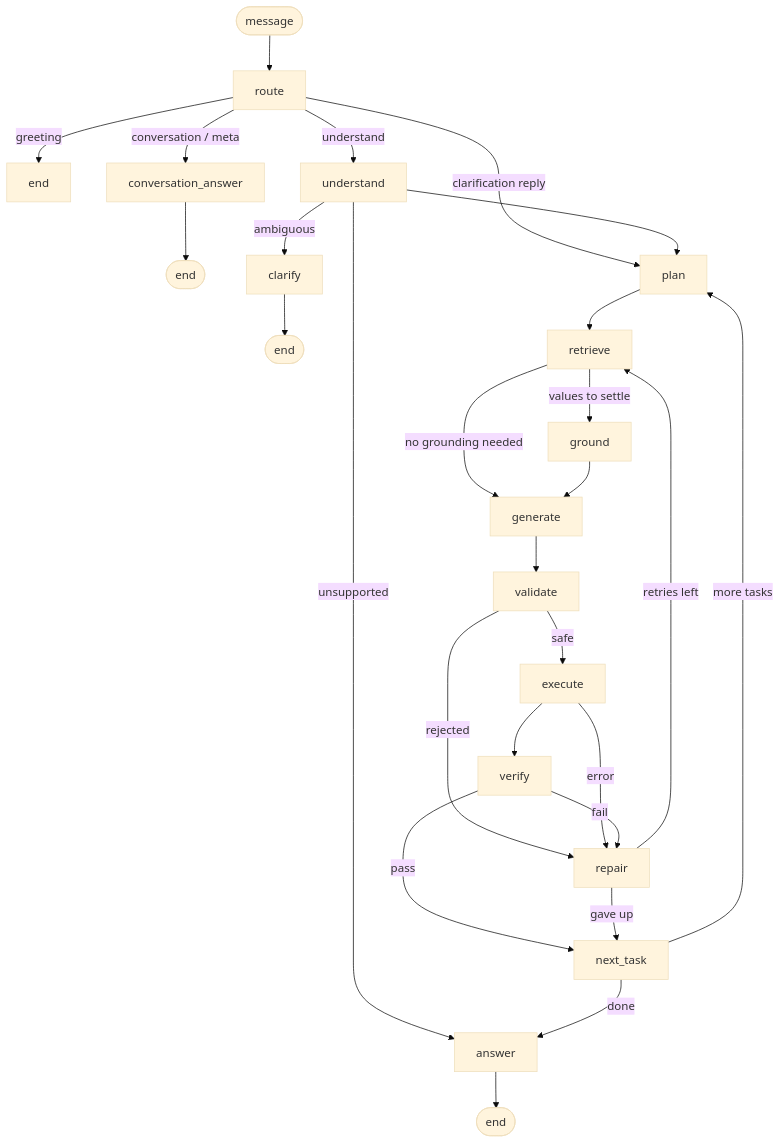
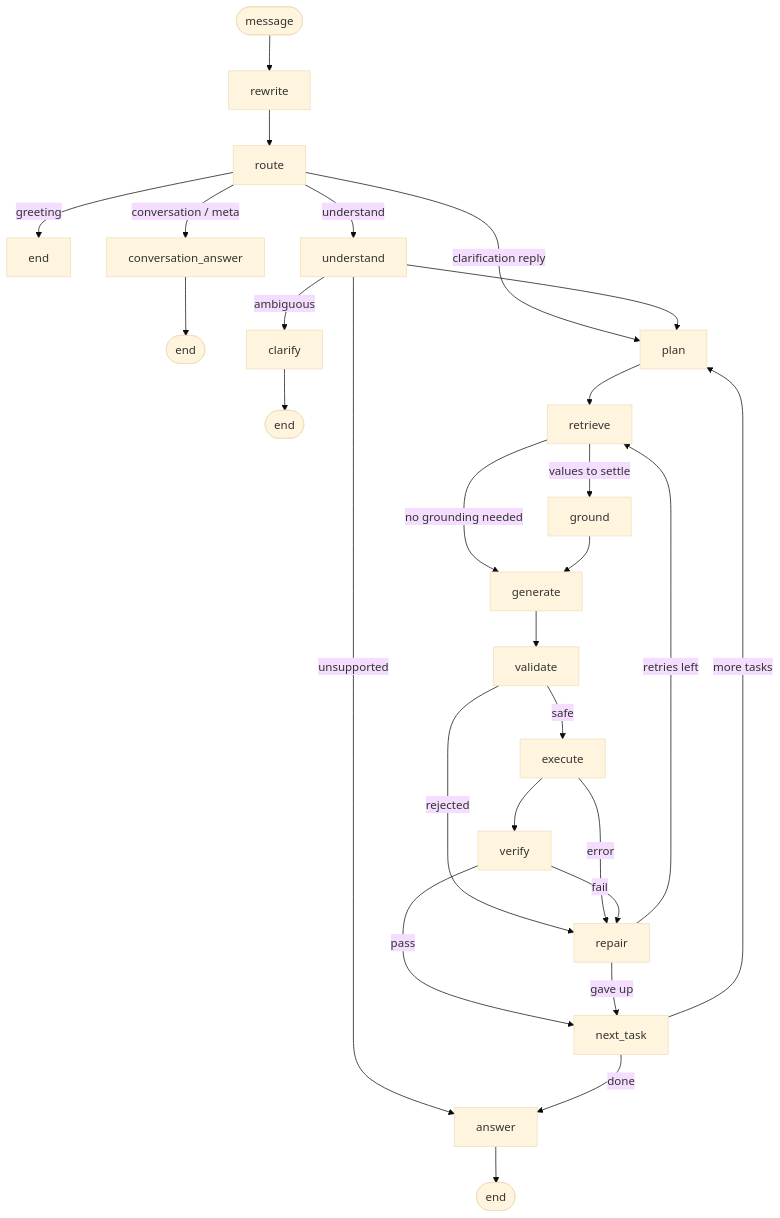
Before and after one commit to mahmoudalrefaey/chinhook: the first of 2 diagrams in README.md, drawn with Mermaid (base theme).

````diff
--- a/README.md
+++ b/README.md
@@ -69,26 +69,27 @@
 ```mermaid
 flowchart TD
-    START([message]) --> route
+    START([message]) --> rewrite
+    rewrite --> route
     route -->|greeting| greeting[end]
     route -->|conversation / meta| conv[conversation_answer] --> END2([end])
     route -->|clarification reply| plan
     route -->|understand| understand
     understand -->|ambiguous| clarify[clarify] --> END3([end])
     understand -->|unsupported| answer
     understand --> plan
     plan --> retrieve
     retrieve -->|no grounding needed| generate
     retrieve -->|values to settle| ground
     ground --> generate
     generate --> validate
     validate -->|rejected| repair
     validate -->|safe| execute
     execute -->|error| repair
     execute --> verify
     verify -->|pass| next_task[next_task]
     verify -->|fail| repair
     repair -->|retries left| retrieve
     repair -->|gave up| next_task
     next_task -->|more tasks| plan
     next_task -->|done| answer[answer] --> END4([end])
 ```
````
